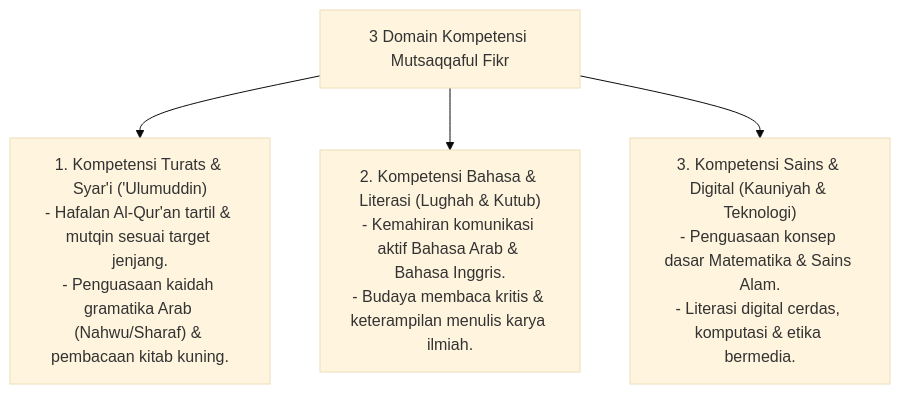
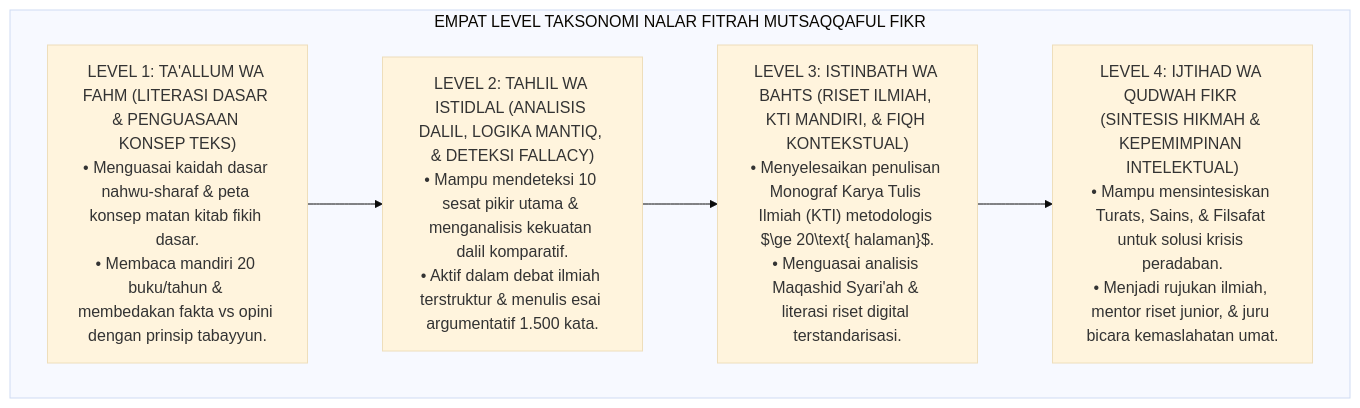
One commit to wandiapriliyandi/tumbuh changed the sixth of 6 diagrams in 03 Capacity Framework/08 Mutsaqqaful Fikr/P3-08-05-Standar-Kompetensi-dan-Taksonomi.md. Above: the diagram before and after it, drawn with Mermaid (base theme). The commit also changed other lines of this file and 14 other files, not shown here.

Commit message:
docs(03-capacity): complete 15 research monographs for 08 Mutsaqqaful Fikr

````diff
--- a/03 Capacity Framework/08 Mutsaqqaful Fikr/P3-08-05-Standar-Kompetensi-dan-Taksonomi.md
+++ b/03 Capacity Framework/08 Mutsaqqaful Fikr/P3-08-05-Standar-Kompetensi-dan-Taksonomi.md
@@ -10,10 +165,14 @@
 ```mermaid
-graph TD
-    Domain["3 Domain Kompetensi Mutsaqqaful Fikr"]
-    
-    Domain --> K1["1. Kompetensi Turats & Syar'i ('Ulumuddin)<br/>- Hafalan Al-Qur'an tartil & mutqin sesuai target jenjang.<br/>- Penguasaan kaidah gramatika Arab (Nahwu/Sharaf) & pembacaan kitab kuning."]
-    
-    Domain --> K2["2. Kompetensi Bahasa & Literasi (Lughah & Kutub)<br/>- Kemahiran komunikasi aktif Bahasa Arab & Bahasa Inggris.<br/>- Budaya membaca kritis & keterampilan menulis karya ilmiah."]
-    
-    Domain --> K3["3. Kompetensi Sains & Digital (Kauniyah & Teknologi)<br/>- Penguasaan konsep dasar Matematika & Sains Alam.<br/>- Literasi digital cerdas, komputasi & etika bermedia."]
+flowchart TD
+    subgraph HierarkiTaksonomiNalarFitrah["EMPAT LEVEL TAKSONOMI NALAR FITRAH MUTSAQQAFUL FIKR"]
+        L4["LEVEL 4: IJTIHAD WA QUDWAH FIKR (SINTESIS HIKMAH & KEPEMIMPINAN INTELEKTUAL)<br/>• Mampu mensintesiskan Turats, Sains, & Filsafat untuk solusi krisis peradaban.<br/>• Menjadi rujukan ilmiah, mentor riset junior, & juru bicara kemaslahatan umat."]
+        
+        L3["LEVEL 3: ISTINBATH WA BAHTS (RISET ILMIAH, KTI MANDIRI, & FIQH KONTEKSTUAL)<br/>• Menyelesaikan penulisan Monograf Karya Tulis Ilmiah (KTI) metodologis $\ge 20\text{ halaman}$.<br/>• Menguasai analisis Maqashid Syari'ah & literasi riset digital terstandarisasi."]
+        
+        L2["LEVEL 2: TAHLIL WA ISTIDLAL (ANALISIS DALIL, LOGIKA MANTIQ, & DETEKSI FALLACY)<br/>• Mampu mendeteksi 10 sesat pikir utama & menganalisis kekuatan dalil komparatif.<br/>• Aktif dalam debat ilmiah terstruktur & menulis esai argumentatif 1.500 kata."]
+        
+        L1["LEVEL 1: TA'ALLUM WA FAHM (LITERASI DASAR & PENGUASAAN KONSEP TEKS)<br/>• Menguasai kaidah dasar nahwu-sharaf & peta konsep matan kitab fikih dasar.<br/>• Membaca mandiri 20 buku/tahun & membedakan fakta vs opini dengan prinsip tabayyun."]
+        
+        L1 --> L2 --> L3 --> L4
+    end
 ```
````
